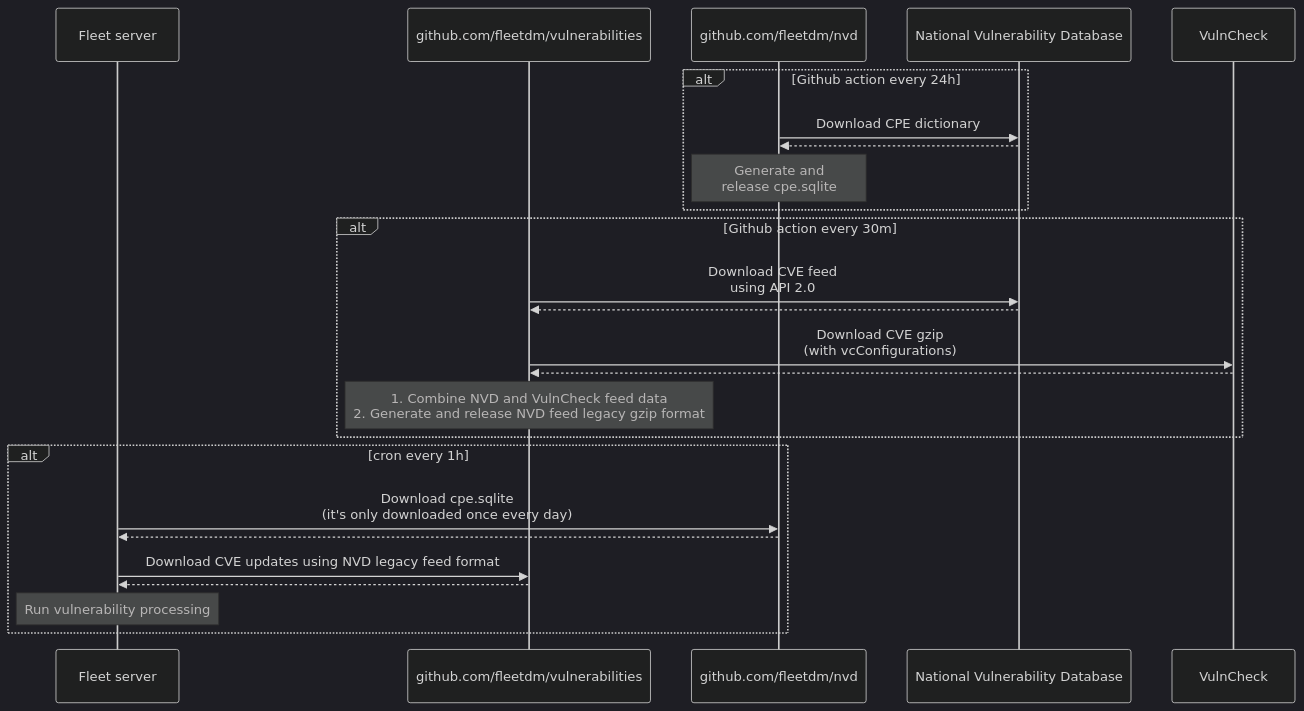
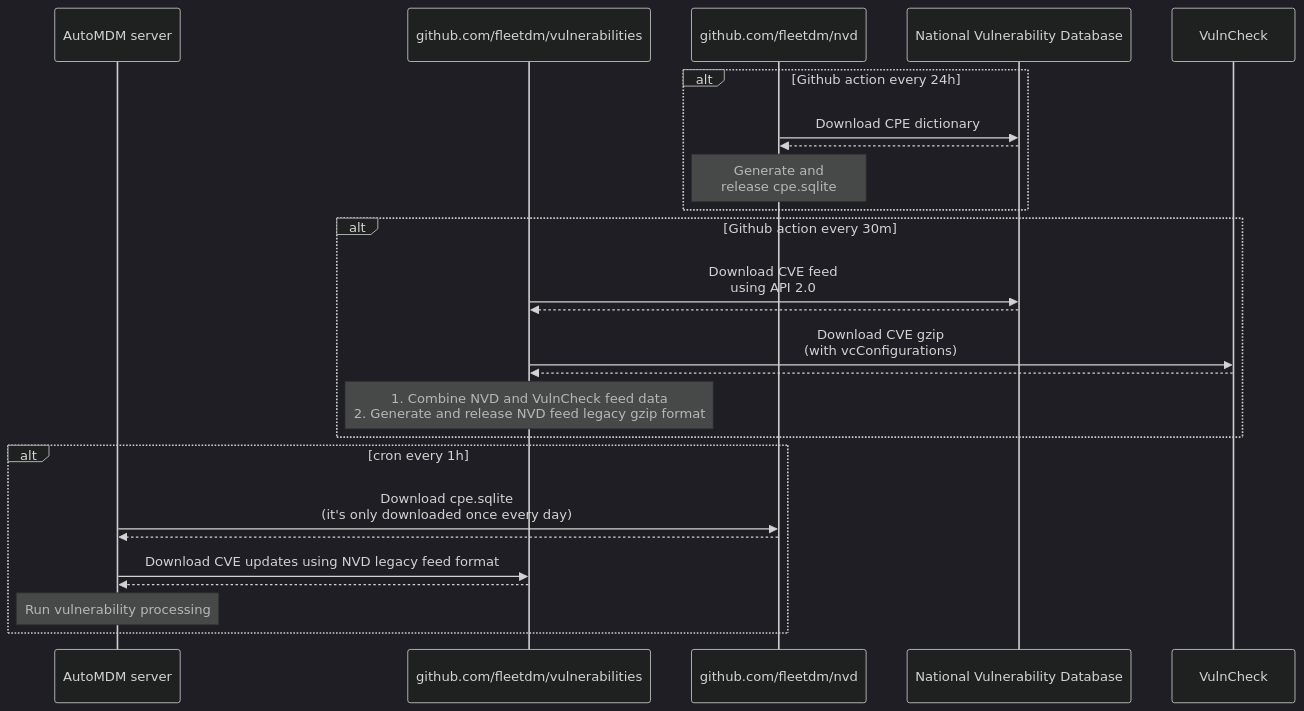
The first of 7 diagrams in docs/Contributing/vulnerability-management/vulnerability-processing.md (anilyagiz/AutoMDM), drawn with Mermaid (dark theme) before and after one commit. The commit also changed other lines of this file and 7979 other files, not shown here.

First line of the commit message:
Rebrand Fleet as AutoMDM (mechanical pass)

````diff
--- a/docs/Contributing/vulnerability-management/vulnerability-processing.md
+++ b/docs/Contributing/vulnerability-management/vulnerability-processing.md
@@ -37,30 +37,30 @@
 ```mermaid
 sequenceDiagram
-  participant fleet_server as Fleet server
+  participant automdm_server as AutoMDM server
   participant vulnerabilities_repo as github.com/fleetdm/vulnerabilities
   participant nvd_repo as github.com/fleetdm/nvd
   participant nvd_site as National Vulnerability Database
   participant vulncheck as VulnCheck
 
   alt Github action every 24h
   nvd_repo->>nvd_site: Download CPE dictionary
   nvd_site-->>nvd_repo: ;
   note over nvd_repo: Generate and<br>release cpe.sqlite
   end
 
   alt Github action every 30m
   vulnerabilities_repo->>nvd_site: Download CVE feed<br>using API 2.0
   nvd_site-->>vulnerabilities_repo: ;
   vulnerabilities_repo->>vulncheck: Download CVE gzip<br>(with vcConfigurations)
   vulncheck-->>vulnerabilities_repo: ;
   note over vulnerabilities_repo: 1. Combine NVD and VulnCheck feed data<br>2. Generate and release NVD feed legacy gzip format;
   end
 
   alt cron every 1h
-  fleet_server->>nvd_repo: Download cpe.sqlite<br>(it's only downloaded once every day)
-  nvd_repo-->>fleet_server: ;
-  fleet_server->>vulnerabilities_repo: Download CVE updates using NVD legacy feed format;
-  vulnerabilities_repo-->>fleet_server: ;
-  note over fleet_server: Run vulnerability processing
+  automdm_server->>nvd_repo: Download cpe.sqlite<br>(it's only downloaded once every day)
+  nvd_repo-->>automdm_server: ;
+  automdm_server->>vulnerabilities_repo: Download CVE updates using NVD legacy feed format;
+  vulnerabilities_repo-->>automdm_server: ;
+  note over automdm_server: Run vulnerability processing
   end
 ```
````
